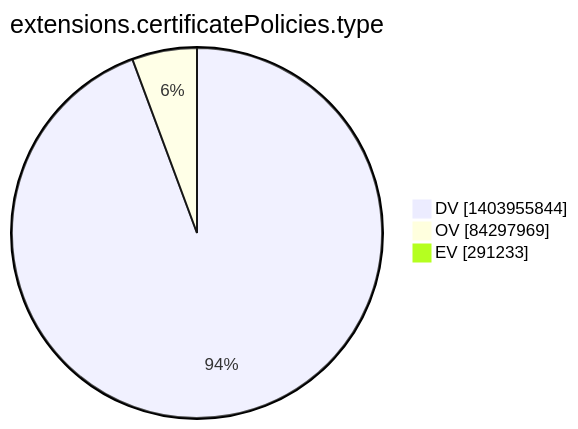
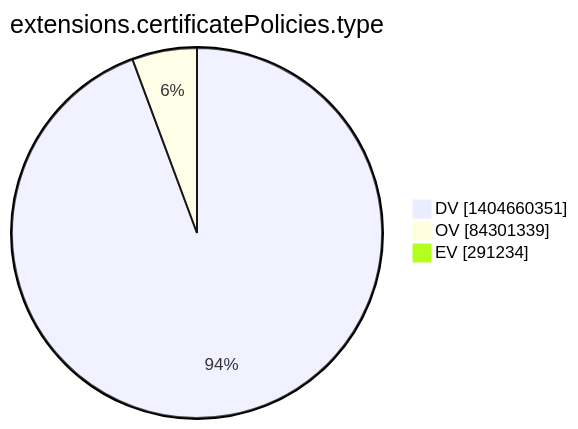
One commit to christiankrug/ctmonitor_visualization changed the tenth of 15 diagrams in argon2022/README.md. Above: the diagram before and after it, drawn with Mermaid. The commit also changed other lines of this file, not shown here.

````diff
--- a/argon2022/README.md
+++ b/argon2022/README.md
@@ -2773,7 +2773,7 @@
 ```mermaid
 pie showData
 title extensions.certificatePolicies.type
-"DV" :1403955844
-"OV" :84297969
-"EV" :291233
+"DV" :1404660351
+"OV" :84301339
+"EV" :291234
 ```
````
